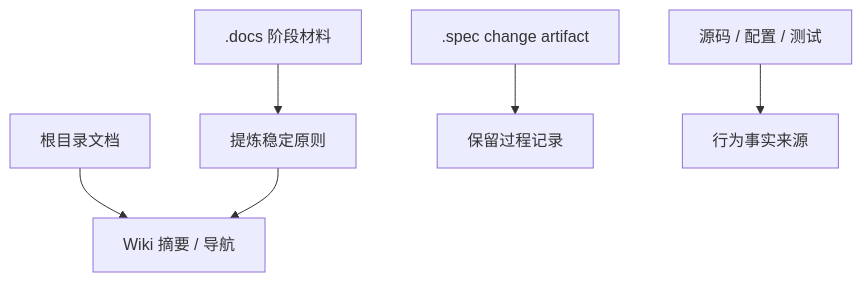
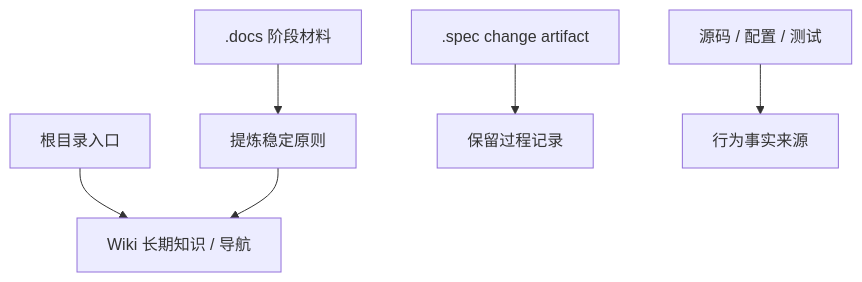
One commit to baiyucraft/SpecWiki changed the diagram in .wiki/00-文档约定/04-文档盘点与沉淀规则.md. Above: the diagram before and after it, drawn with Mermaid. The commit also changed other lines of this file and 165 other files, not shown here.

````diff
--- a/.wiki/00-文档约定/04-文档盘点与沉淀规则.md
+++ b/.wiki/00-文档约定/04-文档盘点与沉淀规则.md
@@ -14,8 +14,8 @@
 ```mermaid
 flowchart TD
-  Root["根目录文档"] --> Wiki["Wiki 摘要 / 导航"]
+  Root["根目录入口"] --> Wiki["Wiki 长期知识 / 导航"]
   Docs[".docs 阶段材料"] --> Extract["提炼稳定原则"]
   Spec[".spec change artifact"] --> Archive["保留过程记录"]
   Code["源码 / 配置 / 测试"] --> Truth["行为事实来源"]
   Extract --> Wiki
 ```
````
